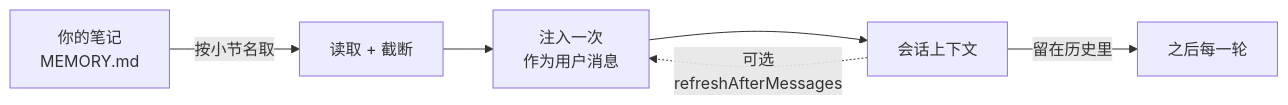
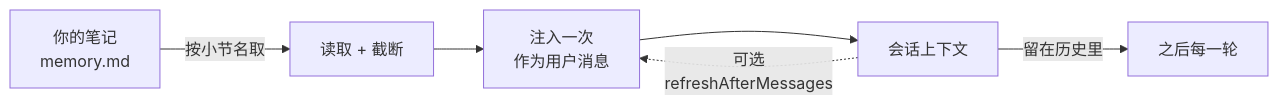
The diagram in README.md (IcyDate/ofttold-memory), drawn with Mermaid before and after one commit. The commit also changed other lines of this file and 25 other files, not shown here.

````diff
--- a/README.md
+++ b/README.md
@@ -33,8 +33,8 @@
 ```mermaid
 flowchart LR
-    A[你的笔记<br/>MEMORY.md] -->|按小节名取| B[读取 + 截断]
+    A[你的笔记<br/>memory.md] -->|按小节名取| B[读取 + 截断]
     B --> C[注入一次<br/>作为用户消息]
     C --> D[会话上下文]
     D -->|留在历史里| E[之后每一轮]
     D -.->|可选<br/>refreshAfterMessages| C
 ```
````
